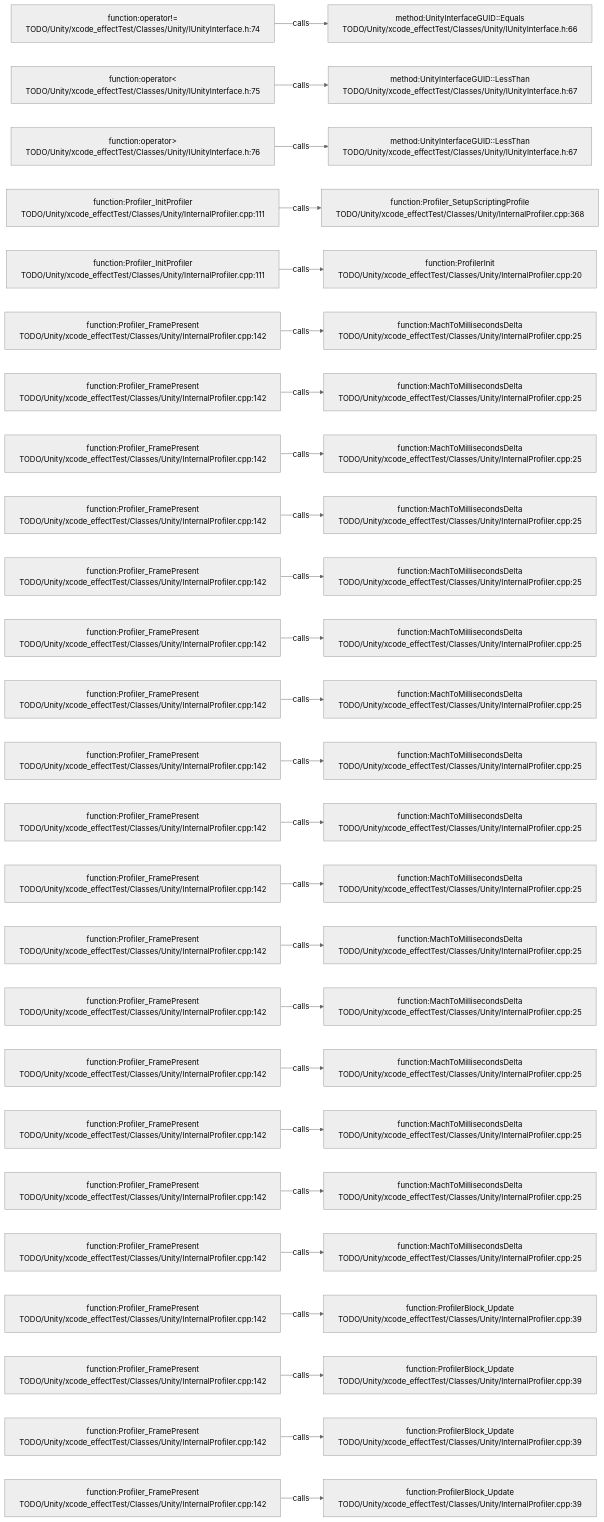
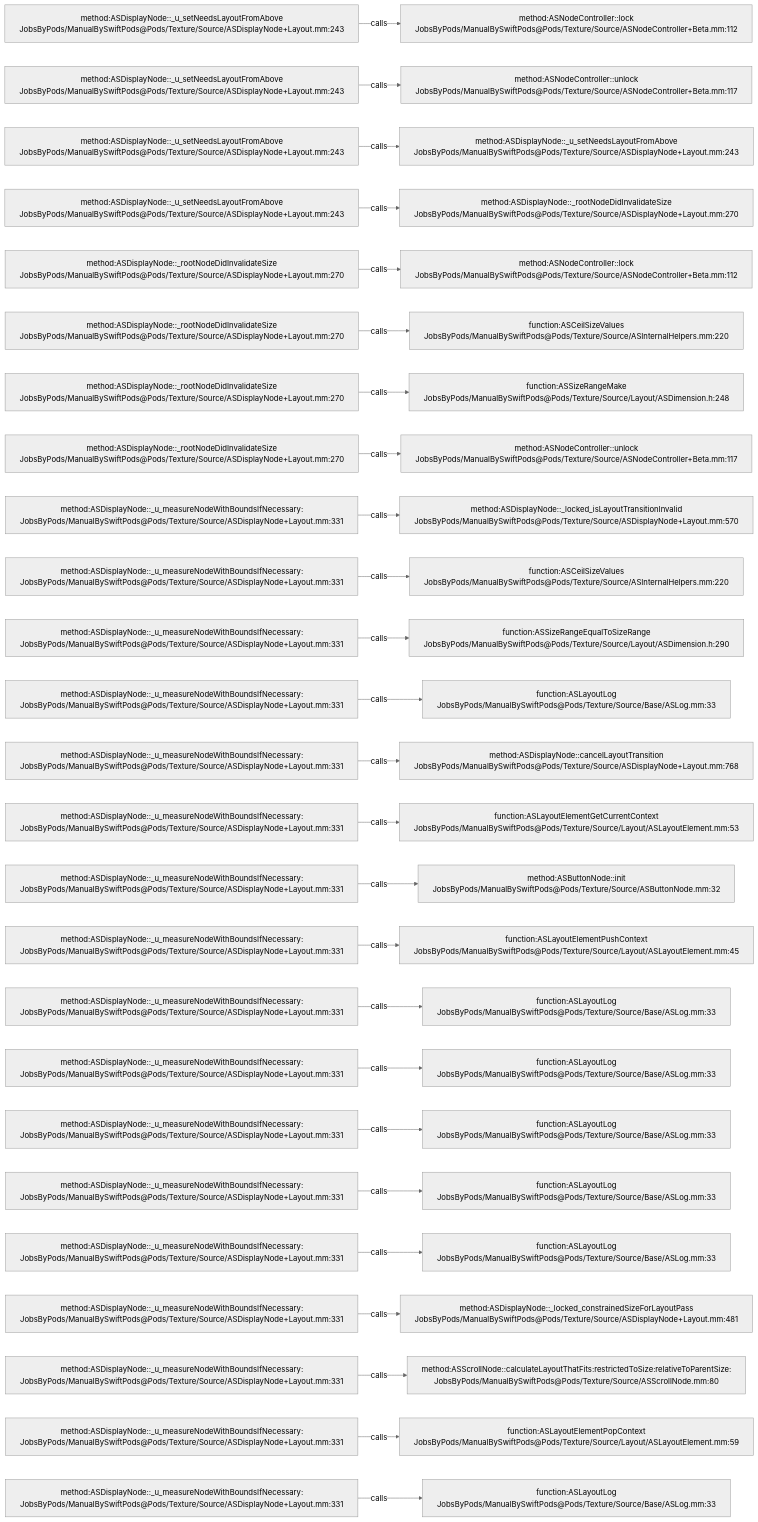
Before and after one commit to JobsKits/JobsSwiftBaseConfigDemo: the diagram in .codegraph/codegraph.md/graphs/calls-040.md, drawn with Mermaid (neutral theme). The commit also changed 2959 other files, not shown here.

````diff
--- a/.codegraph/codegraph.md/graphs/calls-040.md
+++ b/.codegraph/codegraph.md/graphs/calls-040.md
@@ -13,78 +13,78 @@
 ```mermaid
 flowchart LR
-  S1["function:operator!=<br/>TODO/Unity/xcode_effectTest/Classes/Unity/IUnityInterface.h:74"]
-  T1["method:UnityInterfaceGUID::Equals<br/>TODO/Unity/xcode_effectTest/Classes/Unity/IUnityInterface.h:66"]
+  S1["method:ASDisplayNode::_u_setNeedsLayoutFromAbove<br/>JobsByPods/ManualBySwiftPods@Pods/Texture/Source/ASDisplayNode+Layout.mm:243"]
+  T1["method:ASNodeController::lock<br/>JobsByPods/ManualBySwiftPods@Pods/Texture/Source/ASNodeController+Beta.mm:112"]
   S1 -->|calls| T1
-  S2["function:operator<<br/>TODO/Unity/xcode_effectTest/Classes/Unity/IUnityInterface.h:75"]
-  T2["method:UnityInterfaceGUID::LessThan<br/>TODO/Unity/xcode_effectTest/Classes/Unity/IUnityInterface.h:67"]
+  S2["method:ASDisplayNode::_u_setNeedsLayoutFromAbove<br/>JobsByPods/ManualBySwiftPods@Pods/Texture/Source/ASDisplayNode+Layout.mm:243"]
+  T2["method:ASNodeController::unlock<br/>JobsByPods/ManualBySwiftPods@Pods/Texture/Source/ASNodeController+Beta.mm:117"]
   S2 -->|calls| T2
-  S3["function:operator><br/>TODO/Unity/xcode_effectTest/Classes/Unity/IUnityInterface.h:76"]
-  T3["method:UnityInterfaceGUID::LessThan<br/>TODO/Unity/xcode_effectTest/Classes/Unity/IUnityInterface.h:67"]
+  S3["method:ASDisplayNode::_u_setNeedsLayoutFromAbove<br/>JobsByPods/ManualBySwiftPods@Pods/Texture/Source/ASDisplayNode+Layout.mm:243"]
+  T3["method:ASDisplayNode::_u_setNeedsLayoutFromAbove<br/>JobsByPods/ManualBySwiftPods@Pods/Texture/Source/ASDisplayNode+Layout.mm:243"]
   S3 -->|calls| T3
-  S4["function:Profiler_InitProfiler<br/>TODO/Unity/xcode_effectTest/Classes/Unity/InternalProfiler.cpp:111"]
-  T4["function:Profiler_SetupScriptingProfile<br/>TODO/Unity/xcode_effectTest/Classes/Unity/InternalProfiler.cpp:368"]
+  S4["method:ASDisplayNode::_u_setNeedsLayoutFromAbove<br/>JobsByPods/ManualBySwiftPods@Pods/Texture/Source/ASDisplayNode+Layout.mm:243"]
+  T4["method:ASDisplayNode::_rootNodeDidInvalidateSize<br/>JobsByPods/ManualBySwiftPods@Pods/Texture/Source/ASDisplayNode+Layout.mm:270"]
   S4 -->|calls| T4
-  S5["function:Profiler_InitProfiler<br/>TODO/Unity/xcode_effectTest/Classes/Unity/InternalProfiler.cpp:111"]
-  T5["function:ProfilerInit<br/>TODO/Unity/xcode_effectTest/Classes/Unity/InternalProfiler.cpp:20"]
+  S5["method:ASDisplayNode::_rootNodeDidInvalidateSize<br/>JobsByPods/ManualBySwiftPods@Pods/Texture/Source/ASDisplayNode+Layout.mm:270"]
+  T5["method:ASNodeController::lock<br/>JobsByPods/ManualBySwiftPods@Pods/Texture/Source/ASNodeController+Beta.mm:112"]
   S5 -->|calls| T5
-  S6["function:Profiler_FramePresent<br/>TODO/Unity/xcode_effectTest/Classes/Unity/InternalProfiler.cpp:142"]
-  T6["function:MachToMillisecondsDelta<br/>TODO/Unity/xcode_effectTest/Classes/Unity/InternalProfiler.cpp:25"]
+  S6["method:ASDisplayNode::_rootNodeDidInvalidateSize<br/>JobsByPods/ManualBySwiftPods@Pods/Texture/Source/ASDisplayNode+Layout.mm:270"]
+  T6["function:ASCeilSizeValues<br/>JobsByPods/ManualBySwiftPods@Pods/Texture/Source/ASInternalHelpers.mm:220"]
   S6 -->|calls| T6
-  S7["function:Profiler_FramePresent<br/>TODO/Unity/xcode_effectTest/Classes/Unity/InternalProfiler.cpp:142"]
-  T7["function:MachToMillisecondsDelta<br/>TODO/Unity/xcode_effectTest/Classes/Unity/InternalProfiler.cpp:25"]
+  S7["method:ASDisplayNode::_rootNodeDidInvalidateSize<br/>JobsByPods/ManualBySwiftPods@Pods/Texture/Source/ASDisplayNode+Layout.mm:270"]
+  T7["function:ASSizeRangeMake<br/>JobsByPods/ManualBySwiftPods@Pods/Texture/Source/Layout/ASDimension.h:248"]
   S7 -->|calls| T7
-  S8["function:Profiler_FramePresent<br/>TODO/Unity/xcode_effectTest/Classes/Unity/InternalProfiler.cpp:142"]
-  T8["function:MachToMillisecondsDelta<br/>TODO/Unity/xcode_effectTest/Classes/Unity/InternalProfiler.cpp:25"]
+  S8["method:ASDisplayNode::_rootNodeDidInvalidateSize<br/>JobsByPods/ManualBySwiftPods@Pods/Texture/Source/ASDisplayNode+Layout.mm:270"]
+  T8["method:ASNodeController::unlock<br/>JobsByPods/ManualBySwiftPods@Pods/Texture/Source/ASNodeController+Beta.mm:117"]
   S8 -->|calls| T8
-  S9["function:Profiler_FramePresent<br/>TODO/Unity/xcode_effectTest/Classes/Unity/InternalProfiler.cpp:142"]
-  T9["function:MachToMillisecondsDelta<br/>TODO/Unity/xcode_effectTest/Classes/Unity/InternalProfiler.cpp:25"]
+  S9["method:ASDisplayNode::_u_measureNodeWithBoundsIfNecessary:<br/>JobsByPods/ManualBySwiftPods@Pods/Texture/Source/ASDisplayNode+Layout.mm:331"]
+  T9["method:ASDisplayNode::_locked_isLayoutTransitionInvalid<br/>JobsByPods/ManualBySwiftPods@Pods/Texture/Source/ASDisplayNode+Layout.mm:570"]
   S9 -->|calls| T9
-  S10["function:Profiler_FramePresent<br/>TODO/Unity/xcode_effectTest/Classes/Unity/InternalProfiler.cpp:142"]
-  T10["function:MachToMillisecondsDelta<br/>TODO/Unity/xcode_effectTest/Classes/Unity/InternalProfiler.cpp:25"]
+  S10["method:ASDisplayNode::_u_measureNodeWithBoundsIfNecessary:<br/>JobsByPods/ManualBySwiftPods@Pods/Texture/Source/ASDisplayNode+Layout.mm:331"]
+  T10["function:ASCeilSizeValues<br/>JobsByPods/ManualBySwiftPods@Pods/Texture/Source/ASInternalHelpers.mm:220"]
   S10 -->|calls| T10
-  S11["function:Profiler_FramePresent<br/>TODO/Unity/xcode_effectTest/Classes/Unity/InternalProfiler.cpp:142"]
-  T11["function:MachToMillisecondsDelta<br/>TODO/Unity/xcode_effectTest/Classes/Unity/InternalProfiler.cpp:25"]
+  S11["method:ASDisplayNode::_u_measureNodeWithBoundsIfNecessary:<br/>JobsByPods/ManualBySwiftPods@Pods/Texture/Source/ASDisplayNode+Layout.mm:331"]
+  T11["function:ASSizeRangeEqualToSizeRange<br/>JobsByPods/ManualBySwiftPods@Pods/Texture/Source/Layout/ASDimension.h:290"]
   S11 -->|calls| T11
-  S12["function:Profiler_FramePresent<br/>TODO/Unity/xcode_effectTest/Classes/Unity/InternalProfiler.cpp:142"]
-  T12["function:MachToMillisecondsDelta<br/>TODO/Unity/xcode_effectTest/Classes/Unity/InternalProfiler.cpp:25"]
+  S12["method:ASDisplayNode::_u_measureNodeWithBoundsIfNecessary:<br/>JobsByPods/ManualBySwiftPods@Pods/Texture/Source/ASDisplayNode+Layout.mm:331"]
+  T12["function:ASLayoutLog<br/>JobsByPods/ManualBySwiftPods@Pods/Texture/Source/Base/ASLog.mm:33"]
   S12 -->|calls| T12
-  S13["function:Profiler_FramePresent<br/>TODO/Unity/xcode_effectTest/Classes/Unity/InternalProfiler.cpp:142"]
-  T13["function:MachToMillisecondsDelta<br/>TODO/Unity/xcode_effectTest/Classes/Unity/InternalProfiler.cpp:25"]
+  S13["method:ASDisplayNode::_u_measureNodeWithBoundsIfNecessary:<br/>JobsByPods/ManualBySwiftPods@Pods/Texture/Source/ASDisplayNode+Layout.mm:331"]
+  T13["method:ASDisplayNode::cancelLayoutTransition<br/>JobsByPods/ManualBySwiftPods@Pods/Texture/Source/ASDisplayNode+Layout.mm:768"]
   S13 -->|calls| T13
-  S14["function:Profiler_FramePresent<br/>TODO/Unity/xcode_effectTest/Classes/Unity/InternalProfiler.cpp:142"]
-  T14["function:MachToMillisecondsDelta<br/>TODO/Unity/xcode_effectTest/Classes/Unity/InternalProfiler.cpp:25"]
+  S14["method:ASDisplayNode::_u_measureNodeWithBoundsIfNecessary:<br/>JobsByPods/ManualBySwiftPods@Pods/Texture/Source/ASDisplayNode+Layout.mm:331"]
+  T14["function:ASLayoutElementGetCurrentContext<br/>JobsByPods/ManualBySwiftPods@Pods/Texture/Source/Layout/ASLayoutElement.mm:53"]
   S14 -->|calls| T14
-  S15["function:Profiler_FramePresent<br/>TODO/Unity/xcode_effectTest/Classes/Unity/InternalProfiler.cpp:142"]
-  T15["function:MachToMillisecondsDelta<br/>TODO/Unity/xcode_effectTest/Classes/Unity/InternalProfiler.cpp:25"]
+  S15["method:ASDisplayNode::_u_measureNodeWithBoundsIfNecessary:<br/>JobsByPods/ManualBySwiftPods@Pods/Texture/Source/ASDisplayNode+Layout.mm:331"]
+  T15["method:ASButtonNode::init<br/>JobsByPods/ManualBySwiftPods@Pods/Texture/Source/ASButtonNode.mm:32"]
   S15 -->|calls| T15
-  S16["function:Profiler_FramePresent<br/>TODO/Unity/xcode_effectTest/Classes/Unity/InternalProfiler.cpp:142"]
-  T16["function:MachToMillisecondsDelta<br/>TODO/Unity/xcode_effectTest/Classes/Unity/InternalProfiler.cpp:25"]
+  S16["method:ASDisplayNode::_u_measureNodeWithBoundsIfNecessary:<br/>JobsByPods/ManualBySwiftPods@Pods/Texture/Source/ASDisplayNode+Layout.mm:331"]
+  T16["function:ASLayoutElementPushContext<br/>JobsByPods/ManualBySwiftPods@Pods/Texture/Source/Layout/ASLayoutElement.mm:45"]
   S16 -->|calls| T16
-  S17["function:Profiler_FramePresent<br/>TODO/Unity/xcode_effectTest/Classes/Unity/InternalProfiler.cpp:142"]
-  T17["function:MachToMillisecondsDelta<br/>TODO/Unity/xcode_effectTest/Classes/Unity/InternalProfiler.cpp:25"]
+  S17["method:ASDisplayNode::_u_measureNodeWithBoundsIfNecessary:<br/>JobsByPods/ManualBySwiftPods@Pods/Texture/Source/ASDisplayNode+Layout.mm:331"]
+  T17["function:ASLayoutLog<br/>JobsByPods/ManualBySwiftPods@Pods/Texture/Source/Base/ASLog.mm:33"]
   S17 -->|calls| T17
-  S18["function:Profiler_FramePresent<br/>TODO/Unity/xcode_effectTest/Classes/Unity/InternalProfiler.cpp:142"]
-  T18["function:MachToMillisecondsDelta<br/>TODO/Unity/xcode_effectTest/Classes/Unity/InternalProfiler.cpp:25"]
+  S18["method:ASDisplayNode::_u_measureNodeWithBoundsIfNecessary:<br/>JobsByPods/ManualBySwiftPods@Pods/Texture/Source/ASDisplayNode+Layout.mm:331"]
+  T18["function:ASLayoutLog<br/>JobsByPods/ManualBySwiftPods@Pods/Texture/Source/Base/ASLog.mm:33"]
   S18 -->|calls| T18
-  S19["function:Profiler_FramePresent<br/>TODO/Unity/xcode_effectTest/Classes/Unity/InternalProfiler.cpp:142"]
-  T19["function:MachToMillisecondsDelta<br/>TODO/Unity/xcode_effectTest/Classes/Unity/InternalProfiler.cpp:25"]
+  S19["method:ASDisplayNode::_u_measureNodeWithBoundsIfNecessary:<br/>JobsByPods/ManualBySwiftPods@Pods/Texture/Source/ASDisplayNode+Layout.mm:331"]
+  T19["function:ASLayoutLog<br/>JobsByPods/ManualBySwiftPods@Pods/Texture/Source/Base/ASLog.mm:33"]
   S19 -->|calls| T19
-  S20["function:Profiler_FramePresent<br/>TODO/Unity/xcode_effectTest/Classes/Unity/InternalProfiler.cpp:142"]
-  T20["function:MachToMillisecondsDelta<br/>TODO/Unity/xcode_effectTest/Classes/Unity/InternalProfiler.cpp:25"]
+  S20["method:ASDisplayNode::_u_measureNodeWithBoundsIfNecessary:<br/>JobsByPods/ManualBySwiftPods@Pods/Texture/Source/ASDisplayNode+Layout.mm:331"]
+  T20["function:ASLayoutLog<br/>JobsByPods/ManualBySwiftPods@Pods/Texture/Source/Base/ASLog.mm:33"]
   S20 -->|calls| T20
-  S21["function:Profiler_FramePresent<br/>TODO/Unity/xcode_effectTest/Classes/Unity/InternalProfiler.cpp:142"]
-  T21["function:MachToMillisecondsDelta<br/>TODO/Unity/xcode_effectTest/Classes/Unity/InternalProfiler.cpp:25"]
+  S21["method:ASDisplayNode::_u_measureNodeWithBoundsIfNecessary:<br/>JobsByPods/ManualBySwiftPods@Pods/Texture/Source/ASDisplayNode+Layout.mm:331"]
+  T21["function:ASLayoutLog<br/>JobsByPods/ManualBySwiftPods@Pods/Texture/Source/Base/ASLog.mm:33"]
   S21 -->|calls| T21
-  S22["function:Profiler_FramePresent<br/>TODO/Unity/xcode_effectTest/Classes/Unity/InternalProfiler.cpp:142"]
-  T22["function:ProfilerBlock_Update<br/>TODO/Unity/xcode_effectTest/Classes/Unity/InternalProfiler.cpp:39"]
+  S22["method:ASDisplayNode::_u_measureNodeWithBoundsIfNecessary:<br/>JobsByPods/ManualBySwiftPods@Pods/Texture/Source/ASDisplayNode+Layout.mm:331"]
+  T22["method:ASDisplayNode::_locked_constrainedSizeForLayoutPass<br/>JobsByPods/ManualBySwiftPods@Pods/Texture/Source/ASDisplayNode+Layout.mm:481"]
   S22 -->|calls| T22
-  S23["function:Profiler_FramePresent<br/>TODO/Unity/xcode_effectTest/Classes/Unity/InternalProfiler.cpp:142"]
-  T23["function:ProfilerBlock_Update<br/>TODO/Unity/xcode_effectTest/Classes/Unity/InternalProfiler.cpp:39"]
+  S23["method:ASDisplayNode::_u_measureNodeWithBoundsIfNecessary:<br/>JobsByPods/ManualBySwiftPods@Pods/Texture/Source/ASDisplayNode+Layout.mm:331"]
+  T23["method:ASScrollNode::calculateLayoutThatFits:restrictedToSize:relativeToParentSize:<br/>JobsByPods/ManualBySwiftPods@Pods/Texture/Source/ASScrollNode.mm:80"]
   S23 -->|calls| T23
-  S24["function:Profiler_FramePresent<br/>TODO/Unity/xcode_effectTest/Classes/Unity/InternalProfiler.cpp:142"]
-  T24["function:ProfilerBlock_Update<br/>TODO/Unity/xcode_effectTest/Classes/Unity/InternalProfiler.cpp:39"]
+  S24["method:ASDisplayNode::_u_measureNodeWithBoundsIfNecessary:<br/>JobsByPods/ManualBySwiftPods@Pods/Texture/Source/ASDisplayNode+Layout.mm:331"]
+  T24["function:ASLayoutElementPopContext<br/>JobsByPods/ManualBySwiftPods@Pods/Texture/Source/Layout/ASLayoutElement.mm:59"]
   S24 -->|calls| T24
-  S25["function:Profiler_FramePresent<br/>TODO/Unity/xcode_effectTest/Classes/Unity/InternalProfiler.cpp:142"]
-  T25["function:ProfilerBlock_Update<br/>TODO/Unity/xcode_effectTest/Classes/Unity/InternalProfiler.cpp:39"]
+  S25["method:ASDisplayNode::_u_measureNodeWithBoundsIfNecessary:<br/>JobsByPods/ManualBySwiftPods@Pods/Texture/Source/ASDisplayNode+Layout.mm:331"]
+  T25["function:ASLayoutLog<br/>JobsByPods/ManualBySwiftPods@Pods/Texture/Source/Base/ASLog.mm:33"]
   S25 -->|calls| T25
 ```
````
